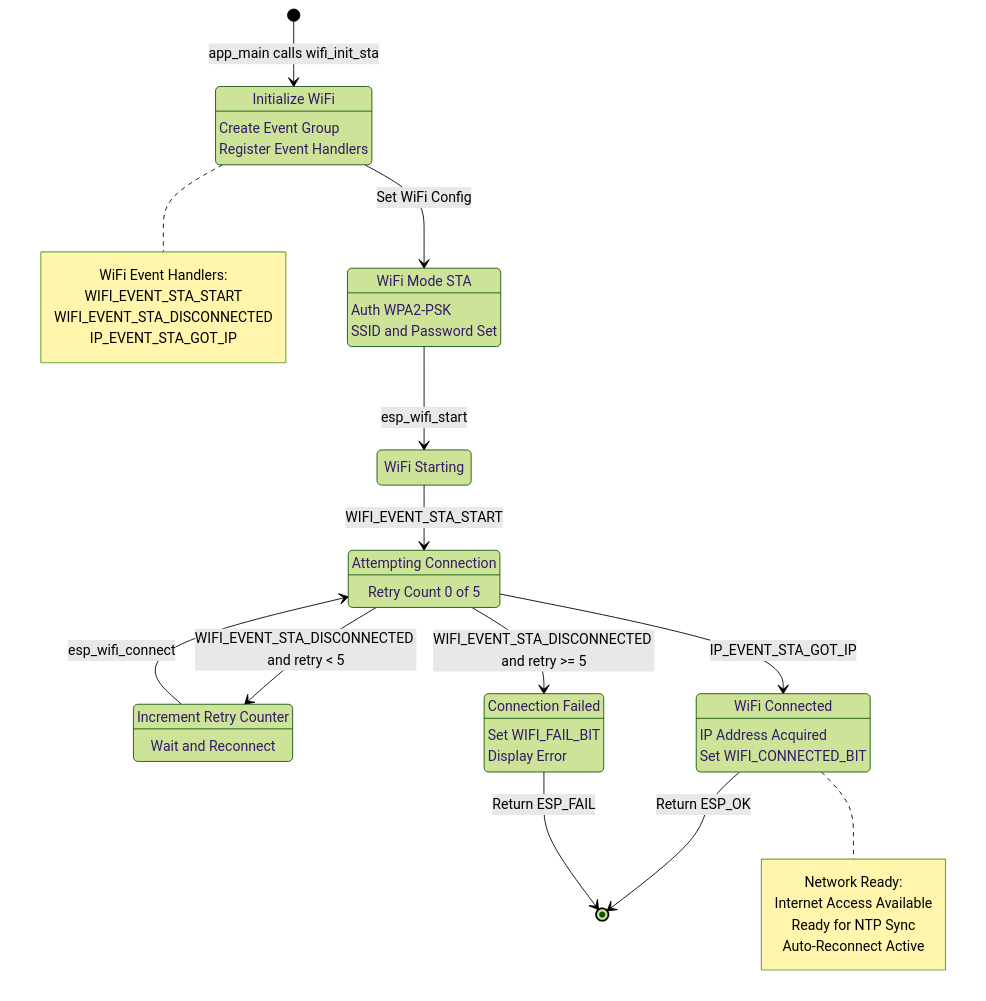
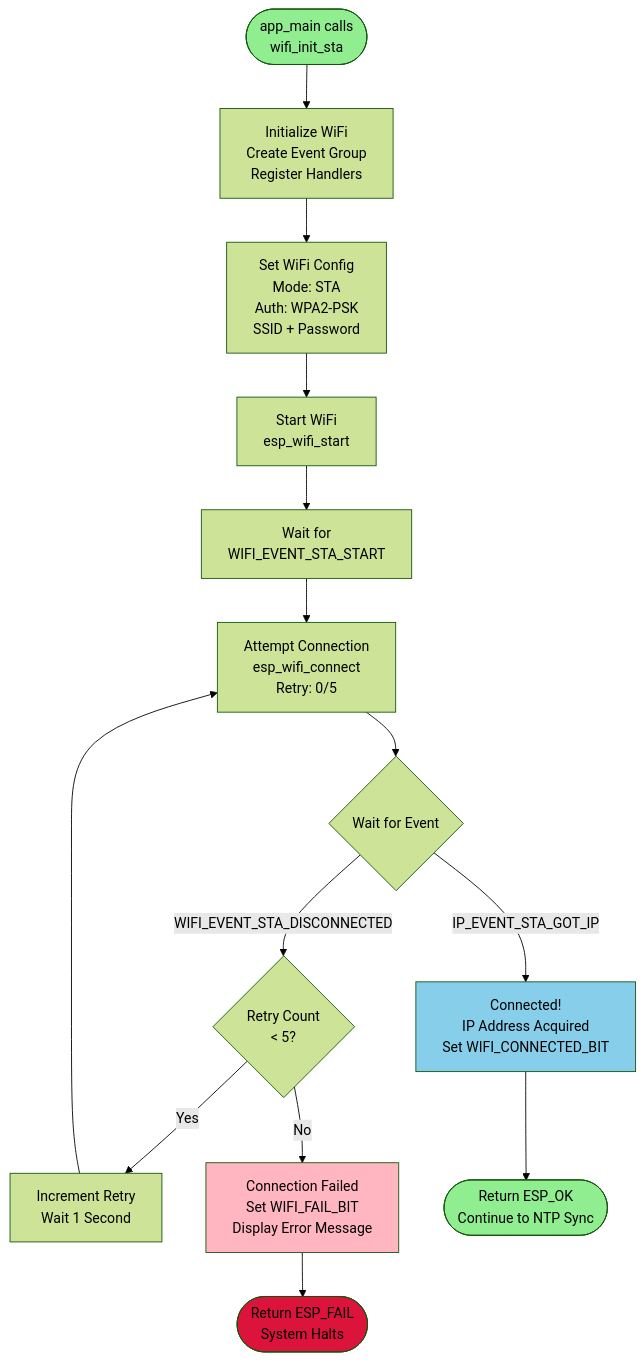
The second of 10 diagrams in ESP32C6 Touch LCD 1.47 WiFi Internet Clock/FLOWCHART.md (god233012yamil/ESP32-IoT-Projects), drawn with Mermaid (forest theme) before and after one commit.

Commit message:
Update FLOWCHART.md
Update FLOWCHART.md

````diff
--- a/ESP32C6 Touch LCD 1.47 WiFi Internet Clock/FLOWCHART.md
+++ b/ESP32C6 Touch LCD 1.47 WiFi Internet Clock/FLOWCHART.md
@@ -59,54 +59,32 @@
 ```mermaid
-stateDiagram-v2
-    [*] --> INIT: app_main calls wifi_init_sta
+flowchart TD
+    Start([app_main calls<br/>wifi_init_sta]) --> Init[Initialize WiFi<br/>Create Event Group<br/>Register Handlers]
     
-    INIT: Initialize WiFi
-    INIT: Create Event Group
-    INIT: Register Event Handlers
+    Init --> Config[Set WiFi Config<br/>Mode: STA<br/>Auth: WPA2-PSK<br/>SSID + Password]
     
-    INIT --> CONFIGURED: Set WiFi Config
+    Config --> StartWiFi[Start WiFi<br/>esp_wifi_start]
     
-    CONFIGURED: WiFi Mode STA
-    CONFIGURED: Auth WPA2-PSK
-    CONFIGURED: SSID and Password Set
+    StartWiFi --> WaitStart[Wait for<br/>WIFI_EVENT_STA_START]
     
-    CONFIGURED --> STARTING: esp_wifi_start
+    WaitStart --> Connect[Attempt Connection<br/>esp_wifi_connect<br/>Retry: 0/5]
     
-    STARTING: WiFi Starting
-    STARTING --> CONNECTING: WIFI_EVENT_STA_START
+    Connect --> WaitResult{Wait for Event}
     
-    CONNECTING: Attempting Connection
-    CONNECTING: Retry Count 0 of 5
+    WaitResult -->|IP_EVENT_STA_GOT_IP| Success[Connected!<br/>IP Address Acquired<br/>Set WIFI_CONNECTED_BIT]
     
-    CONNECTING --> RETRY: WIFI_EVENT_STA_DISCONNECTED and retry < 5
-    CONNECTING --> CONNECTED: IP_EVENT_STA_GOT_IP
-    CONNECTING --> FAILED: WIFI_EVENT_STA_DISCONNECTED and retry >= 5
+    WaitResult -->|WIFI_EVENT_STA_DISCONNECTED| CheckRetry{Retry Count<br/>< 5?}
     
-    RETRY: Increment Retry Counter
-    RETRY: Wait and Reconnect
-    RETRY --> CONNECTING: esp_wifi_connect
+    CheckRetry -->|Yes| Increment[Increment Retry<br/>Wait 1 Second]
+    Increment --> Connect
     
-    CONNECTED: WiFi Connected
-    CONNECTED: IP Address Acquired
-    CONNECTED: Set WIFI_CONNECTED_BIT
-    CONNECTED --> [*]: Return ESP_OK
+    CheckRetry -->|No| Failed[Connection Failed<br/>Set WIFI_FAIL_BIT<br/>Display Error Message]
     
-    FAILED: Connection Failed
-    FAILED: Set WIFI_FAIL_BIT
-    FAILED: Display Error
-    FAILED --> [*]: Return ESP_FAIL
+    Success --> Return1([Return ESP_OK<br/>Continue to NTP Sync])
+    Failed --> Return2([Return ESP_FAIL<br/>System Halts])
     
-    note right of INIT
-        WiFi Event Handlers:
-        WIFI_EVENT_STA_START
-        WIFI_EVENT_STA_DISCONNECTED
-        IP_EVENT_STA_GOT_IP
-    end note
-    
-    note right of CONNECTED
-        Network Ready:
-        Internet Access Available
-        Ready for NTP Sync
-        Auto-Reconnect Active
-    end note
+    style Start fill:#90EE90
+    style Success fill:#87CEEB
+    style Failed fill:#FFB6C1
+    style Return1 fill:#90EE90
+    style Return2 fill:#DC143C
 ```
````
